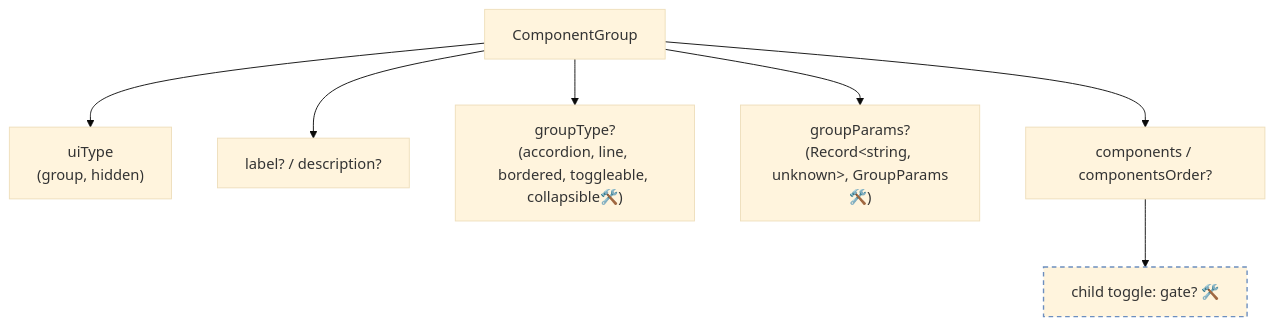
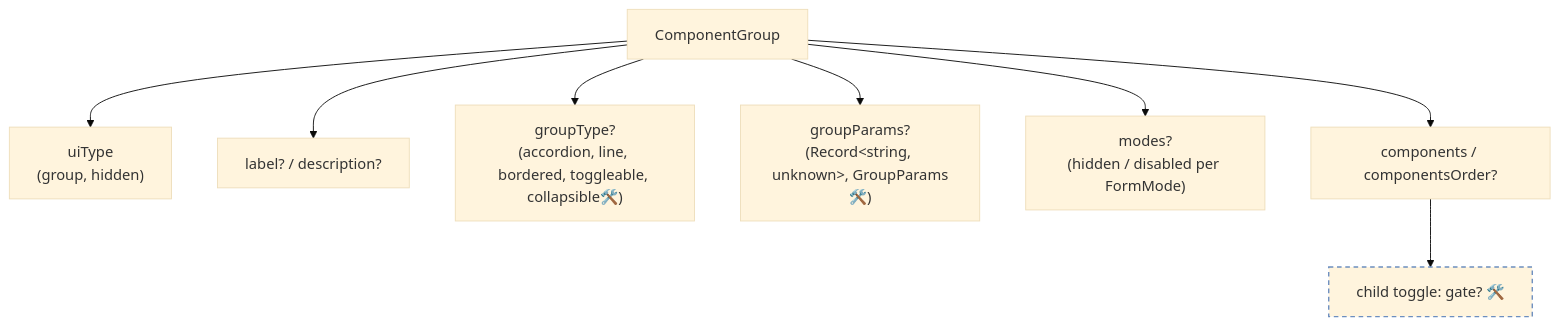
Before and after one commit to openeverest/openeverest: the second of 6 diagrams in docs/ui/architecture/ui-generator/schema-reference.md, drawn with Mermaid (base theme). The commit also changed other lines of this file and 3 other files, not shown here.

````diff
--- a/docs/ui/architecture/ui-generator/schema-reference.md
+++ b/docs/ui/architecture/ui-generator/schema-reference.md
@@ -33,12 +33,13 @@
 ```mermaid
 flowchart TD
   G["ComponentGroup"] --> U["uiType<br/>(group, hidden)"]
   G --> LD["label? / description?"]
   G --> GT["groupType?<br/>(accordion, line, bordered, toggleable, collapsible🛠️)"]
   G --> GP["groupParams?<br/>(Record&lt;string, unknown&gt;, GroupParams🛠️)"]
+  G --> MOD["modes?<br/>(hidden / disabled per FormMode)"]
   G --> CH["components / componentsOrder?"]
   CH --> GATE["child toggle: gate? 🛠️"]
 
   classDef planned stroke-dasharray:5 4,stroke:#6c8ebf,stroke-width:1.5px;
   class GATE planned;
 ```
````
